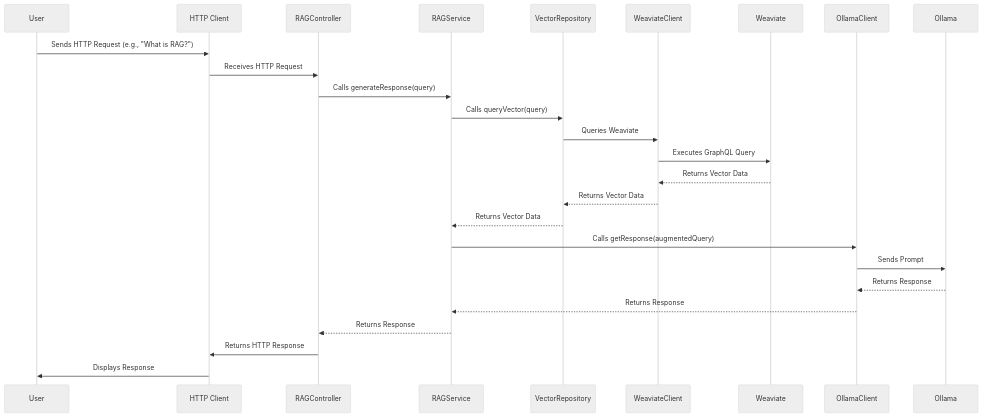
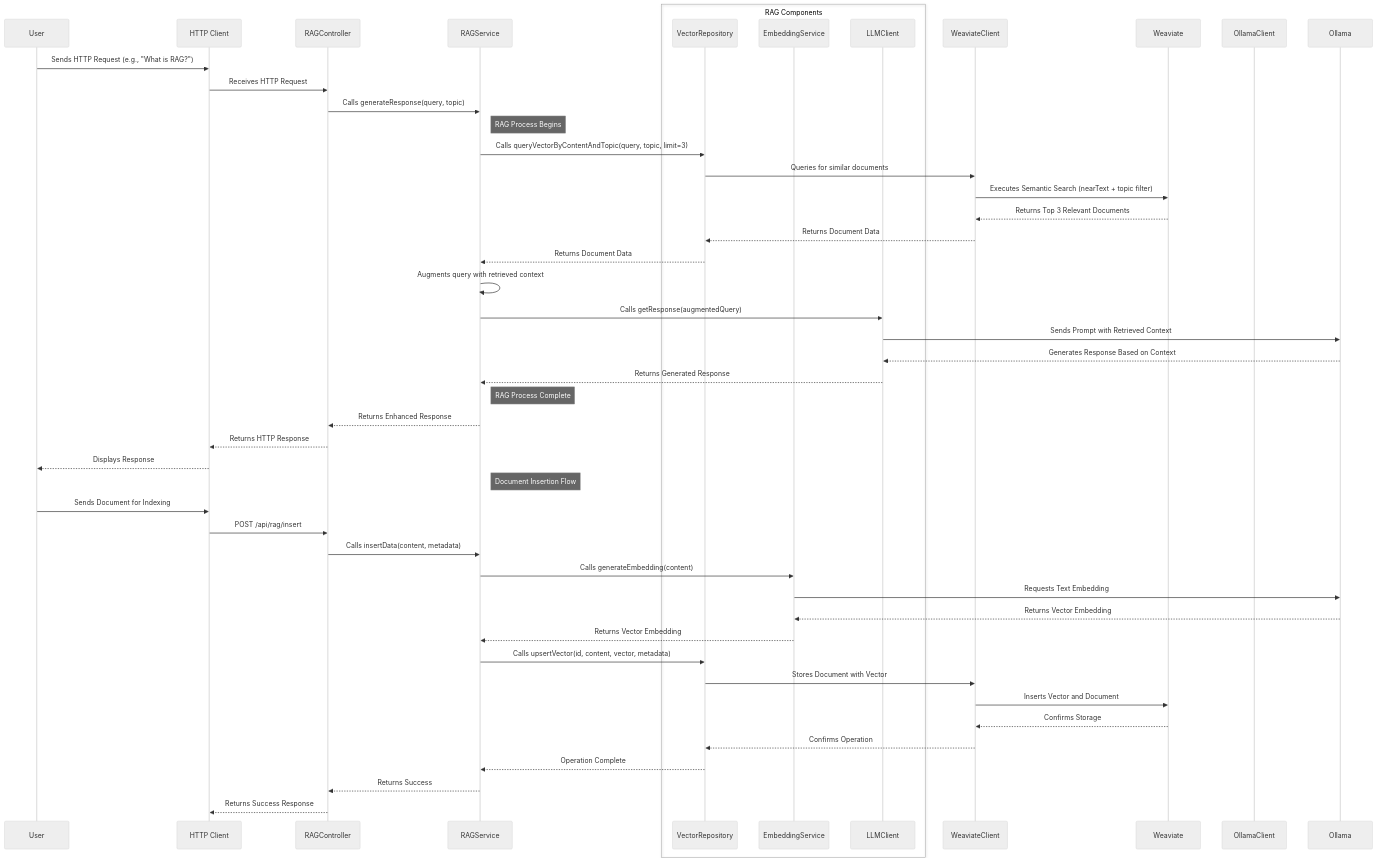
Before and after one commit to jeff-gitcode/rag-nodejs-api: the diagram in README.md, drawn with Mermaid (neutral theme). The commit also changed 4 other files, not shown here.

````diff
--- a/README.md
+++ b/README.md
@@ -10,29 +10,61 @@
 ```mermaid
 sequenceDiagram
     participant User
     participant HTTP Client
     participant RAGController
     participant RAGService
-    participant VectorRepository
+    
+    box RAG Components
+        participant VectorRepository
+        participant EmbeddingService
+        participant LLMClient
+    end
+    
     participant WeaviateClient
     participant Weaviate
     participant OllamaClient
     participant Ollama
 
     User->>HTTP Client: Sends HTTP Request (e.g., "What is RAG?")
     HTTP Client->>RAGController: Receives HTTP Request
-    RAGController->>RAGService: Calls generateResponse(query)
-    RAGService->>VectorRepository: Calls queryVector(query)
-    VectorRepository->>WeaviateClient: Queries Weaviate
-    WeaviateClient->>Weaviate: Executes GraphQL Query
-    Weaviate-->>WeaviateClient: Returns Vector Data
-    WeaviateClient-->>VectorRepository: Returns Vector Data
-    VectorRepository-->>RAGService: Returns Vector Data
-    RAGService->>OllamaClient: Calls getResponse(augmentedQuery)
-    OllamaClient->>Ollama: Sends Prompt
-    Ollama-->>OllamaClient: Returns Response
-    OllamaClient-->>RAGService: Returns Response
-    RAGService-->>RAGController: Returns Response
-    RAGController->>HTTP Client: Returns HTTP Response
-    HTTP Client->>User: Displays Response
+    RAGController->>RAGService: Calls generateResponse(query, topic)
+    
+        note right of RAGService: RAG Process Begins
+        
+        RAGService->>VectorRepository: Calls queryVectorByContentAndTopic(query, topic, limit=3)
+        VectorRepository->>WeaviateClient: Queries for similar documents
+        WeaviateClient->>Weaviate: Executes Semantic Search (nearText + topic filter)
+        Weaviate-->>WeaviateClient: Returns Top 3 Relevant Documents
+        WeaviateClient-->>VectorRepository: Returns Document Data
+        VectorRepository-->>RAGService: Returns Document Data
+        
+        RAGService->>RAGService: Augments query with retrieved context
+        
+        RAGService->>LLMClient: Calls getResponse(augmentedQuery)
+        LLMClient->>Ollama: Sends Prompt with Retrieved Context
+        Ollama-->>LLMClient: Generates Response Based on Context
+        LLMClient-->>RAGService: Returns Generated Response
+        
+        note right of RAGService: RAG Process Complete
+    
+    RAGService-->>RAGController: Returns Enhanced Response
+    RAGController-->>HTTP Client: Returns HTTP Response
+    HTTP Client-->>User: Displays Response
+    
+        note right of RAGService: Document Insertion Flow
+        User->>HTTP Client: Sends Document for Indexing
+        HTTP Client->>RAGController: POST /api/rag/insert
+        RAGController->>RAGService: Calls insertData(content, metadata)
+        RAGService->>EmbeddingService: Calls generateEmbedding(content)
+        EmbeddingService->>Ollama: Requests Text Embedding
+        Ollama-->>EmbeddingService: Returns Vector Embedding
+        EmbeddingService-->>RAGService: Returns Vector Embedding
+        RAGService->>VectorRepository: Calls upsertVector(id, content, vector, metadata)
+        VectorRepository->>WeaviateClient: Stores Document with Vector
+        WeaviateClient->>Weaviate: Inserts Vector and Document
+        Weaviate-->>WeaviateClient: Confirms Storage
+        WeaviateClient-->>VectorRepository: Confirms Operation
+        VectorRepository-->>RAGService: Operation Complete
+        RAGService-->>RAGController: Returns Success
+        RAGController-->>HTTP Client: Returns Success Response
 ```
````
